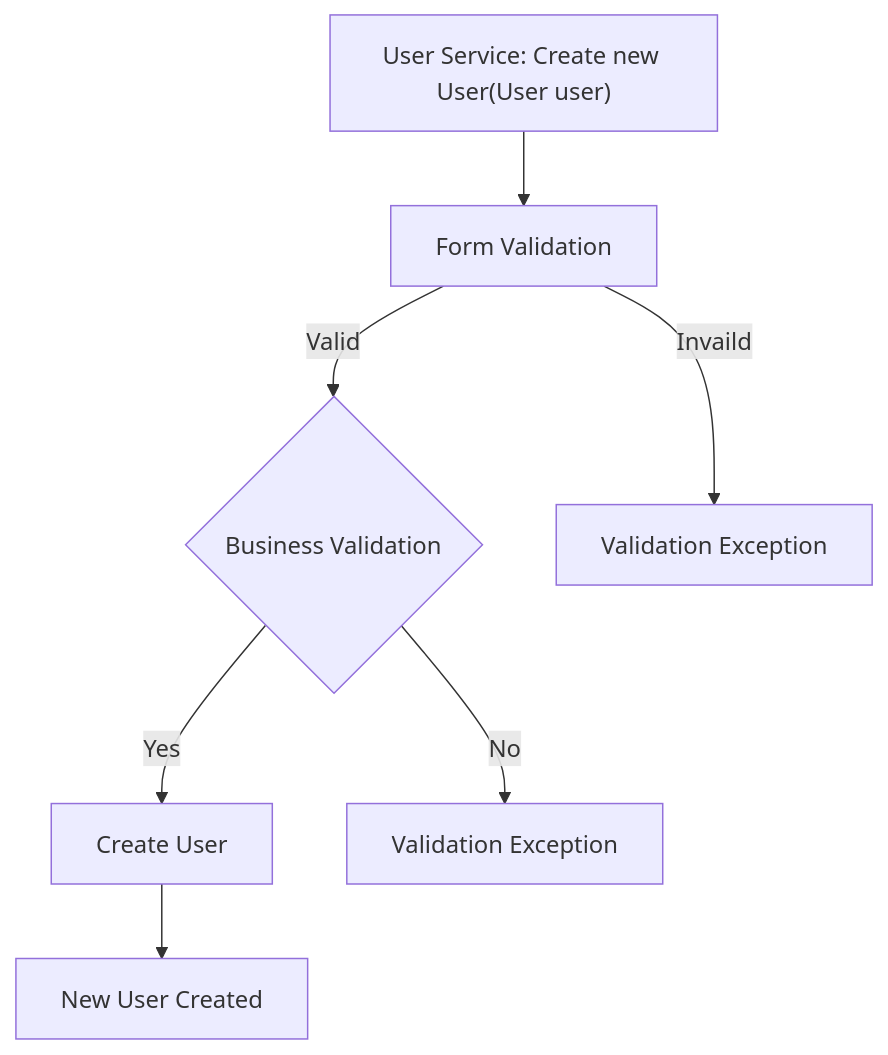
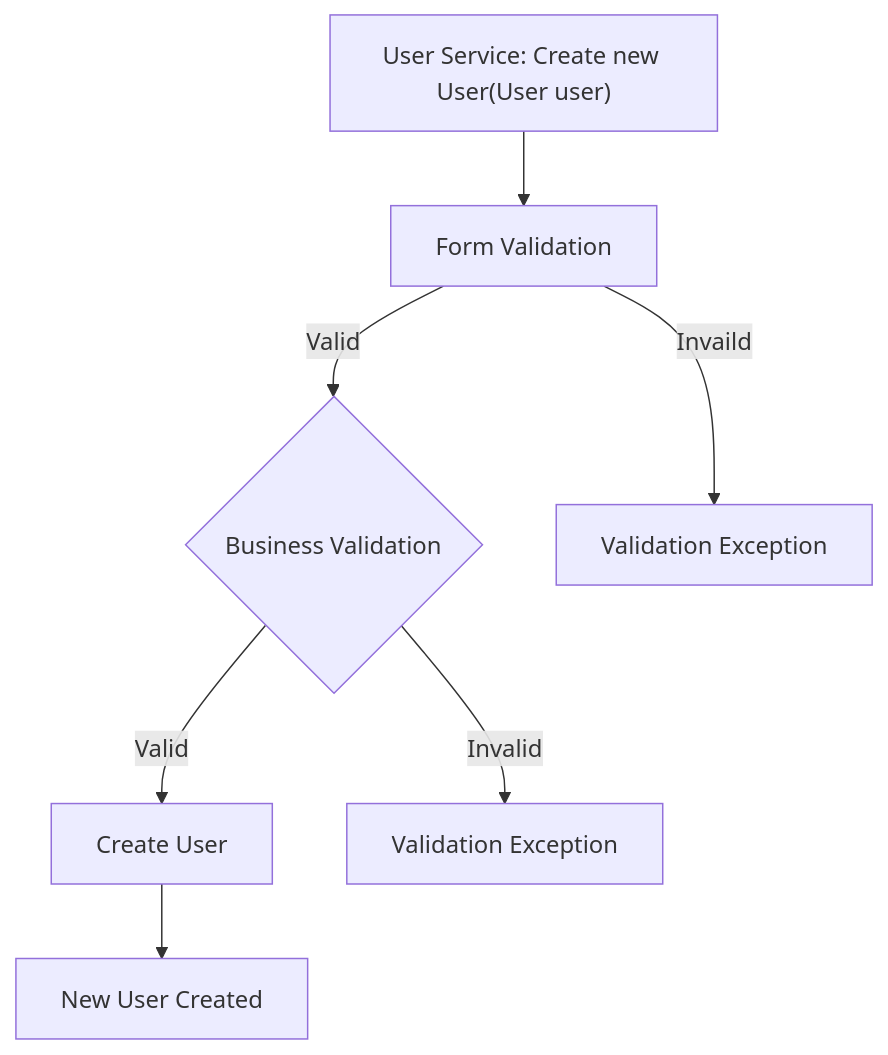
One commit to fssa-batch3/sec_b_inbalokesh.esakkipandi__corejava_project_2 changed the first of 9 diagrams in README.md. Above: the diagram before and after it, drawn with Mermaid. The commit also changed other lines of this file, not shown here.

````diff
--- a/README.md
+++ b/README.md
@@ -55,8 +58,8 @@
 ```mermaid
 graph TD;
   A["User Service: Create new User(User user)"] --> B["Form Validation"] -- Valid --> C{Business Validation}
   B -- Invaild --> G[Validation Exception]
-  C -- Yes --> D["Create User"]
+  C -- Valid --> D["Create User"]
   D --> E["New User Created"]
-  C -- No --> F["Validation Exception"]
+  C -- Invalid --> F["Validation Exception"]
 ```
````
